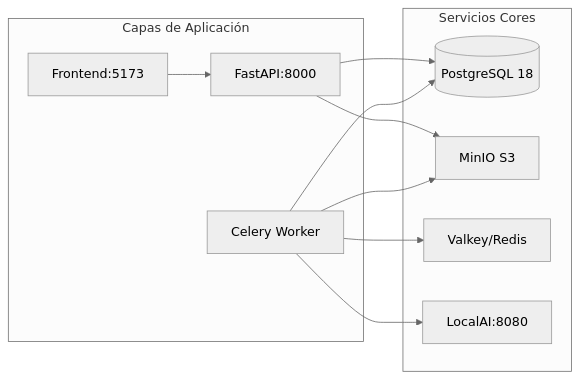
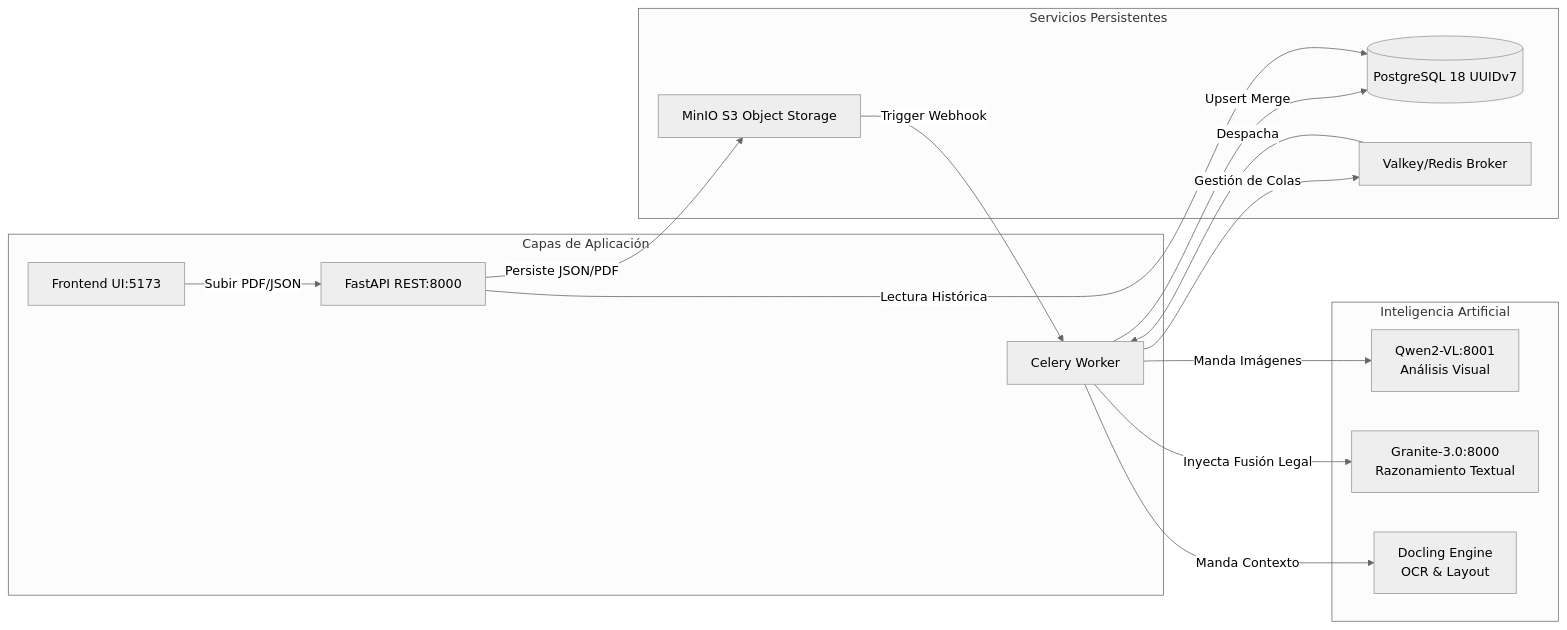
Before and after one commit to imarthe75/idp-smart: the first of 2 diagrams in README.md, drawn with Mermaid (neutral theme). The commit also changed other lines of this file and 15 other files, not shown here.

Commit message:
feat: hybrid inference engine refactor (Smart Router, Hardware Detector) & fix Gemini Multimodal vision

````diff
--- a/README.md
+++ b/README.md
@@ -58,23 +35,31 @@
 ```mermaid
 graph LR
-    subgraph "Capas de Aplicación"
-    API[FastAPI:8000]
-    Worker[Celery Worker]
-    UI[Frontend:5173]
+    subgraph Capas [Capas de Aplicación]
+        API[FastAPI REST:8000]
+        Worker[Celery Worker]
+        UI[Frontend UI:5173]
     end
 
-    subgraph "Servicios Cores"
-    DB[(PostgreSQL 18)]
-    S3[MinIO S3]
-    Redis[Valkey/Redis]
-    AI[LocalAI:8080]
+    subgraph Core [Servicios Persistentes]
+        DB[(PostgreSQL 18 UUIDv7)]
+        S3[MinIO S3 Object Storage]
+        Redis[Valkey/Redis Broker]
     end
 
-    UI --> API
-    API --> DB
-    API --> S3
-    Worker --> Redis
-    Worker --> S3
-    Worker --> AI
-    Worker --> DB
+    subgraph AI [Inteligencia Artificial]
+        AI_Vision[Qwen2-VL:8001 <br> Análisis Visual]
+        AI_Logic[Granite-3.0:8000 <br> Razonamiento Textual]
+        Docling[Docling Engine <br> OCR & Layout]
+    end
+
+    UI -->|Subir PDF/JSON| API
+    API -->|Persiste JSON/PDF| S3
+    S3 -->|Trigger Webhook| Worker
+    Worker -->|Gestión de Colas| Redis
+    Redis -->|Despacha| Worker
+    Worker -->|Manda Imágenes| AI_Vision
+    Worker -->|Manda Contexto| Docling
+    Worker -->|Inyecta Fusión Legal| AI_Logic
+    Worker -->|Upsert Merge| DB
+    API -->|Lectura Histórica| DB
 ```
````
